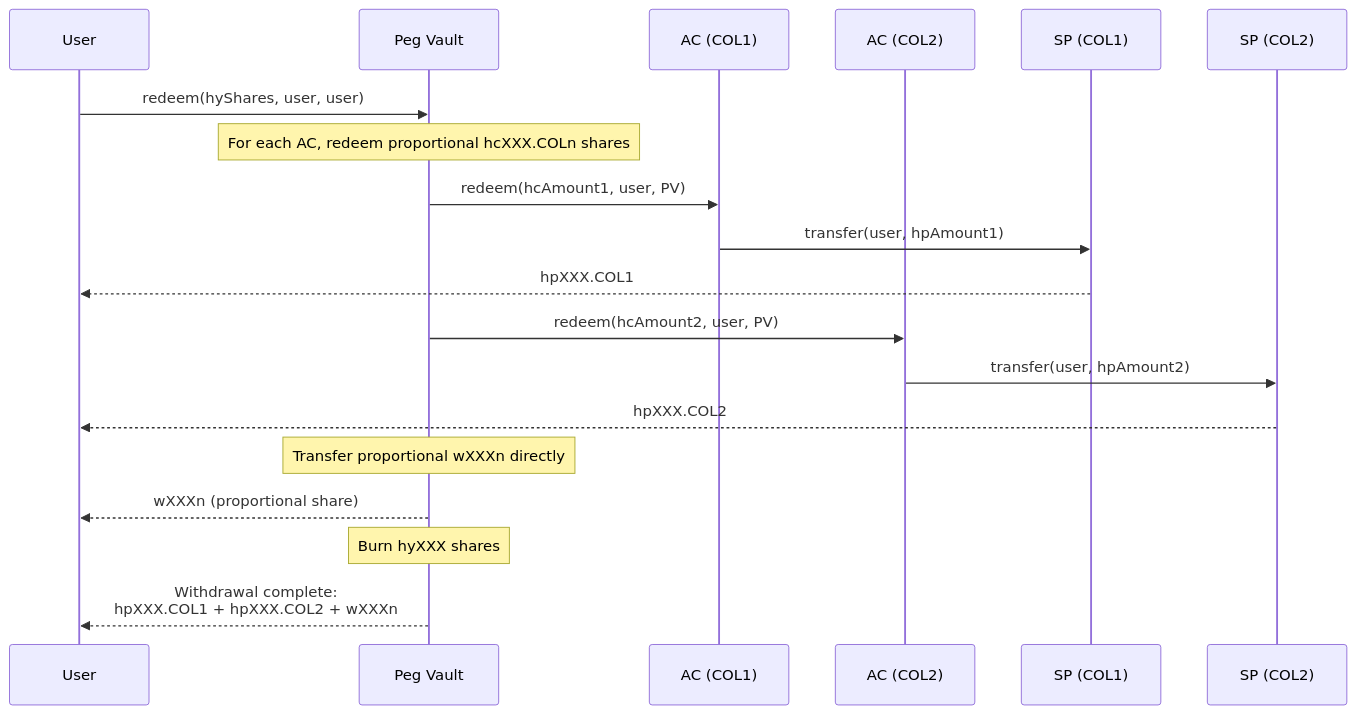
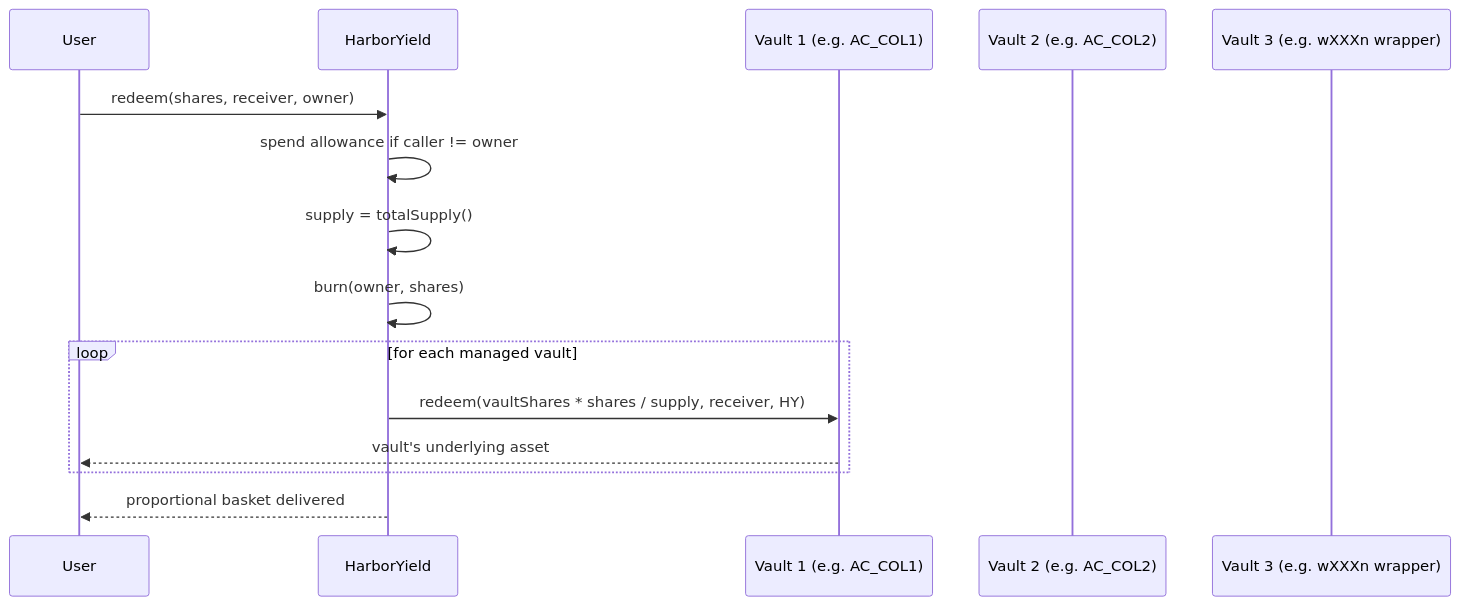
One commit to baofinance/harbor changed the seventh of 9 diagrams in doc/ideas/autocompounding-vault-design.md. Above: the diagram before and after it, drawn with Mermaid. The commit also changed other lines of this file, not shown here.

First line of the commit message:
update autocompounding vault design doc to match shipped state

````diff
--- a/doc/ideas/autocompounding-vault-design.md
+++ b/doc/ideas/autocompounding-vault-design.md
@@ -263,28 +254,19 @@
 ```mermaid
 sequenceDiagram
     participant User
-    participant PV as Peg Vault
-    participant AC1 as AC (COL1)
-    participant AC2 as AC (COL2)
-    participant SP1 as SP (COL1)
-    participant SP2 as SP (COL2)
+    participant HY as HarborYield
+    participant V1 as Vault 1 (e.g. AC_COL1)
+    participant V2 as Vault 2 (e.g. AC_COL2)
+    participant V3 as Vault 3 (e.g. wXXXn wrapper)
 
-    User->>PV: redeem(hyShares, user, user)
+    User->>HY: redeem(shares, receiver, owner)
+    HY->>HY: spend allowance if caller != owner
+    HY->>HY: supply = totalSupply()
+    HY->>HY: burn(owner, shares)
 
-    Note over PV: For each AC, redeem proportional hcXXX.COLn shares
-
-    PV->>AC1: redeem(hcAmount1, user, PV)
-    AC1->>SP1: transfer(user, hpAmount1)
-    SP1-->>User: hpXXX.COL1
-
-    PV->>AC2: redeem(hcAmount2, user, PV)
-    AC2->>SP2: transfer(user, hpAmount2)
-    SP2-->>User: hpXXX.COL2
-
-    Note over PV: Transfer proportional wXXXn directly
-
-    PV-->>User: wXXXn (proportional share)
-
-    Note over PV: Burn hyXXX shares
-    PV-->>User: Withdrawal complete:<br/>hpXXX.COL1 + hpXXX.COL2 + wXXXn
+    loop for each managed vault
+        HY->>V1: redeem(vaultShares * shares / supply, receiver, HY)
+        V1-->>User: vault's underlying asset
+    end
+    HY-->>User: proportional basket delivered
 ```
````
